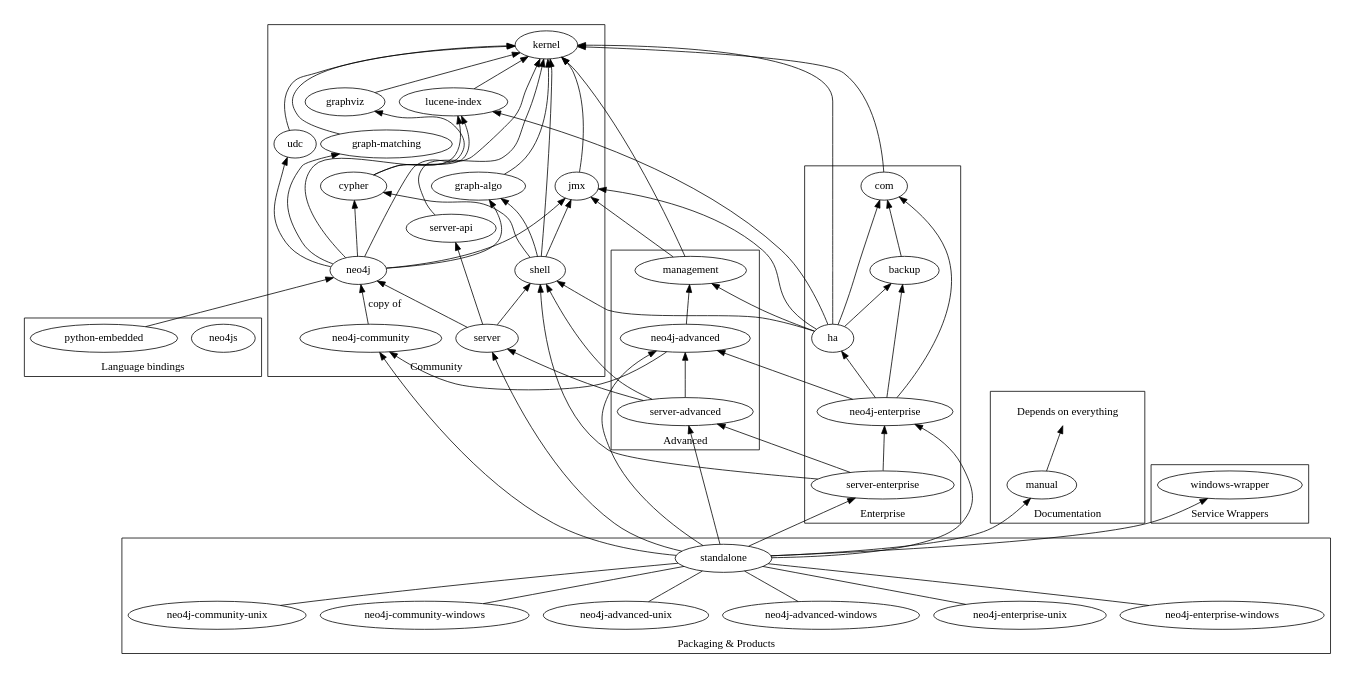
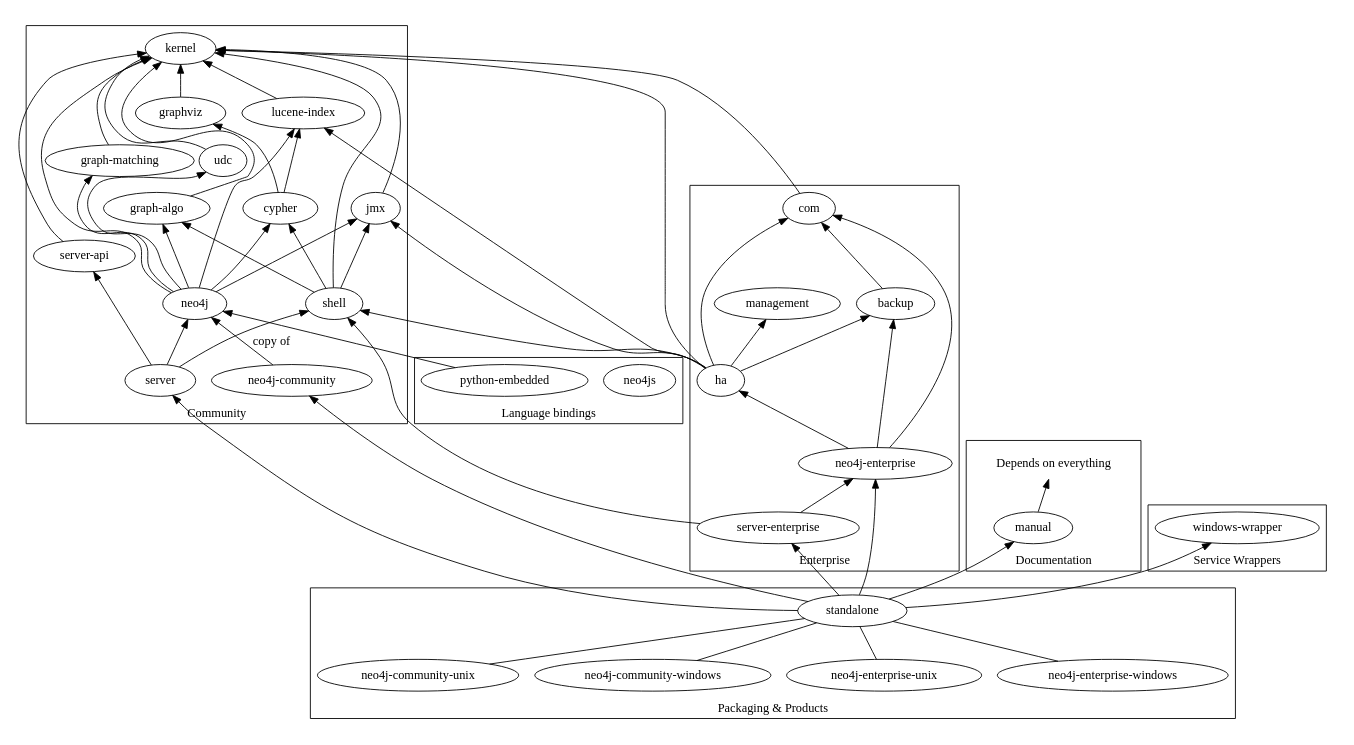
Before and after one commit to neo4j/neo4j: the diagram in manual/manual/docs/artifacts.dot, drawn with Graphviz. The commit also changed 1 other file, not shown here.

Commit message:
Remove advanced edition references from documentation.

```diff
--- a/manual/manual/docs/artifacts.dot
+++ b/manual/manual/docs/artifacts.dot
@@ -1,99 +1,82 @@
 digraph g{
  graph [rankdir="BT" size="9.0,7.0"]
 
 subgraph cluster_community {
  label="Community"
  "lucene-index" -> "kernel"
  "jmx" -> "kernel"
  "graph-algo" -> "kernel"
  "graph-matching" -> "kernel"
  "graphviz" -> "kernel"
  "cypher" -> "lucene-index"
  "cypher" -> "graphviz"
  "shell" -> "kernel"
  "shell" -> "jmx"
  "shell" -> "graph-algo"
  "shell" -> "cypher"
  "udc" -> "kernel"
  "neo4j" -> "kernel"
  "neo4j" -> "lucene-index"
  "neo4j" -> "graph-algo"
  "neo4j" -> "graph-matching"
  "neo4j" -> "udc"
  "neo4j" -> "jmx"
  "neo4j" -> "cypher"
  "neo4j-community" -> "neo4j" [label="copy of"]
  "server-api" -> "kernel"
  "server" -> "server-api"
  "server" -> "neo4j"
  "server" -> "shell"
 }
 
-subgraph cluster_advanced {
- label="Advanced"
- "management" -> "kernel"
- "management" -> "jmx"
- "neo4j-advanced" -> "neo4j-community"
- "neo4j-advanced" -> "management"
- "server-advanced" -> "server"
- "server-advanced" -> "neo4j-advanced"
- "server-advanced" -> "shell"
-}
-
 subgraph cluster_enterprise {
  label="Enterprise"
  "com" -> "kernel"
  "backup" -> "com"
  "ha" -> "kernel"
  "ha" -> "jmx"
  "ha" -> "management"
  "ha" -> "backup"
  "ha" -> "lucene-index"
  "ha" -> "com"
  "ha" -> "shell"
- "neo4j-enterprise" -> "neo4j-advanced"
  "neo4j-enterprise" -> "com"
  "neo4j-enterprise" -> "backup"
  "neo4j-enterprise" -> "ha"
- "server-enterprise" -> "server-advanced"
  "server-enterprise" -> "neo4j-enterprise"
  "server-enterprise" -> "shell" 
 }
 
 subgraph cluster_langs {
  label="Language bindings"
  "neo4js"
  "python-embedded" -> "neo4j"
 }
 
 subgraph cluster_docs {
  label="Documentation"
  "manual" -> "Depends on everything"
  "Depends on everything" [shape="plaintext"]
 }
 
 subgraph cluster_wrappers {
  label="Service Wrappers"
  "windows-wrapper"
 }
 
 
 subgraph cluster_packaging {
  label="Packaging & Products"
  "standalone" -> "neo4j-community"
  "standalone" -> "server"
- "standalone" -> "neo4j-advanced"
- "standalone" -> "server-advanced"
  "standalone" -> "neo4j-enterprise"
  "standalone" -> "server-enterprise"
  "standalone" -> "windows-wrapper"
  "standalone" -> "manual"
  "neo4j-enterprise-windows" -> "standalone" [arrowhead="none"]
  "neo4j-enterprise-unix" -> "standalone" [arrowhead="none"]
- "neo4j-advanced-windows" -> "standalone" [arrowhead="none"]
- "neo4j-advanced-unix" -> "standalone" [arrowhead="none"]
  "neo4j-community-windows" -> "standalone" [arrowhead="none"]
  "neo4j-community-unix" -> "standalone" [arrowhead="none"]
 }
 
 }
```
